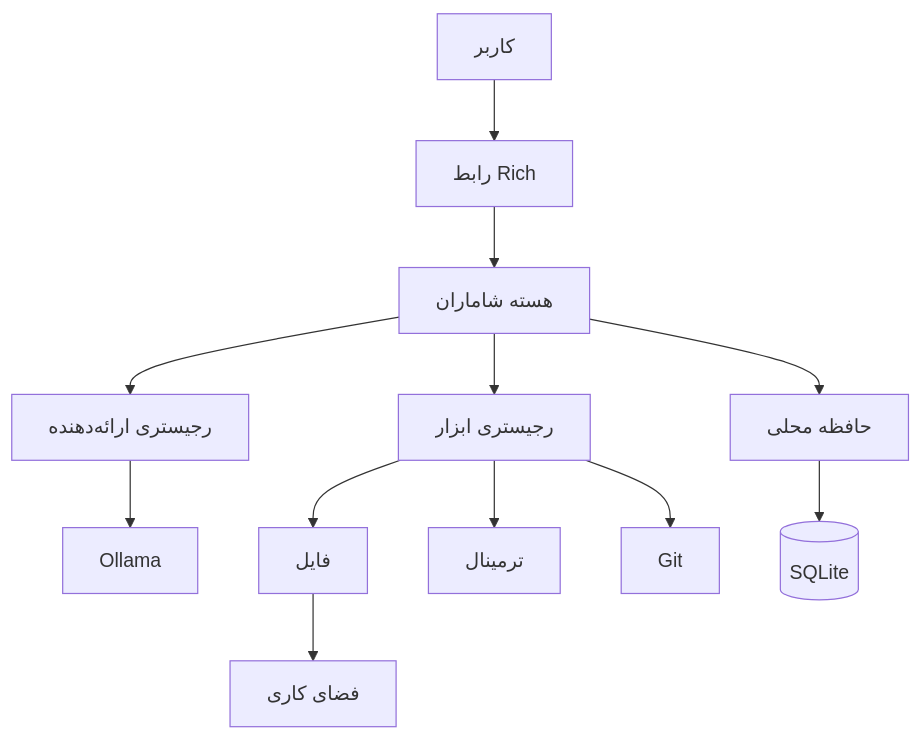
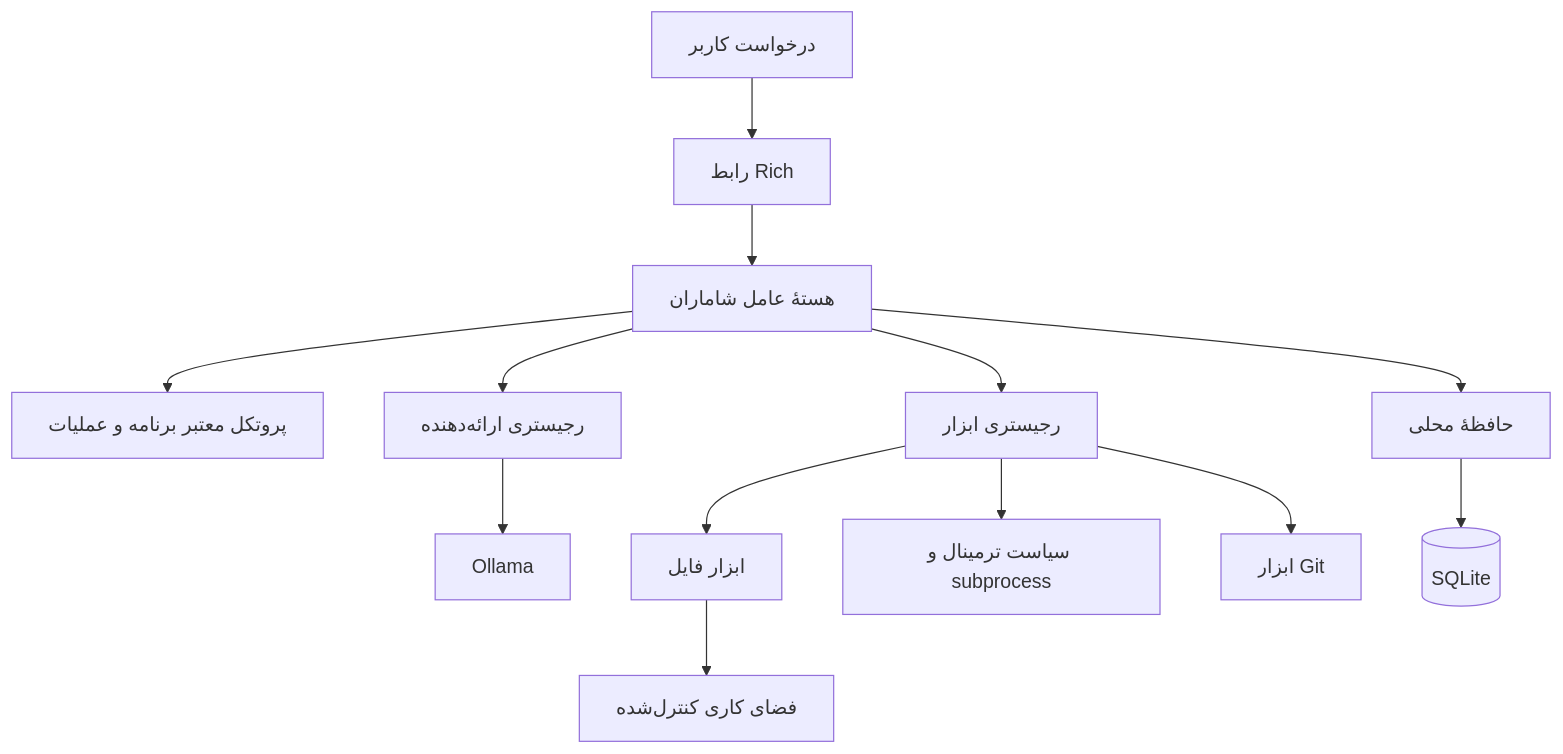
The diagram in README.fa.md (ashkanWaisi/shamaran), drawn with Mermaid before and after one commit. The commit also changed other lines of this file and 13 other files, not shown here.

````diff
--- a/README.fa.md
+++ b/README.fa.md
@@ -99,14 +177,15 @@
 ```mermaid
 flowchart TD
-    U[کاربر] --> CLI[رابط Rich]
-    CLI --> A[هسته شاماران]
-    A --> T[رجیستری ابزار]
-    A --> P[رجیستری ارائه‌دهنده]
-    A --> M[حافظه محلی]
-    P --> O[Ollama]
-    T --> F[فایل]
-    T --> C[ترمینال]
-    T --> G[Git]
-    F --> W[فضای کاری]
-    M --> S[(SQLite)]
+    U["درخواست کاربر"] --> CLI["رابط Rich"]
+    CLI --> A["هستهٔ عامل شاماران"]
+    A --> P["پروتکل معتبر برنامه و عملیات"]
+    A --> R["رجیستری ارائه‌دهنده"]
+    A --> T["رجیستری ابزار"]
+    A --> M["حافظهٔ محلی"]
+    R --> O["Ollama"]
+    T --> F["ابزار فایل"]
+    T --> C["سیاست ترمینال و subprocess"]
+    T --> G["ابزار Git"]
+    F --> W["فضای کاری کنترل‌شده"]
+    M --> S[("SQLite")]
 ```
````
